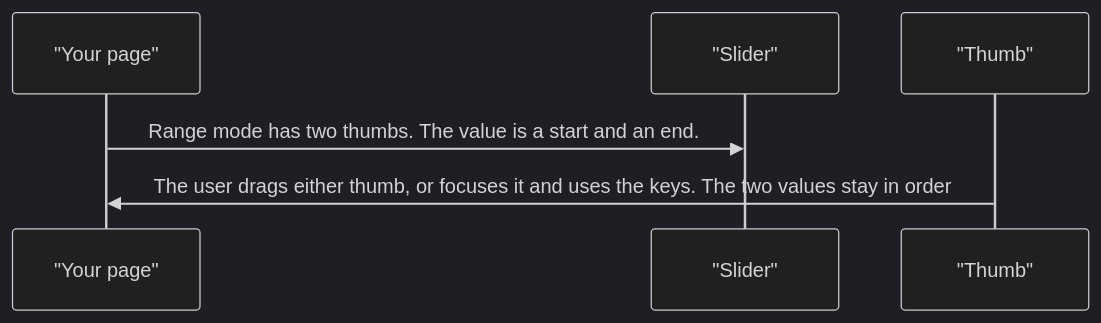
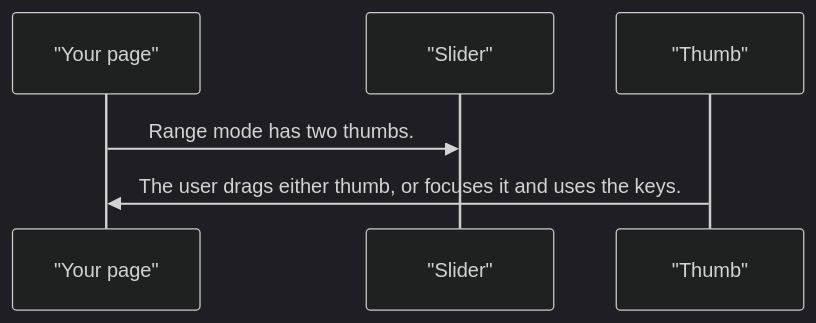
The third of 4 diagrams in projects/pixel-ui/src/lib/pixel-slider/DESIGN.md (RajshekharBorate/pixel-ui), drawn with Mermaid (dark theme) before and after one commit. The commit also changed other lines of this file and 80 other files, not shown here.

Commit message:
Fill missing design flows and correct the stories that did not match component behavior.

````diff
--- a/projects/pixel-ui/src/lib/pixel-slider/DESIGN.md
+++ b/projects/pixel-ui/src/lib/pixel-slider/DESIGN.md
@@ -66,8 +66,8 @@
 ```mermaid
 sequenceDiagram
   participant page as "Your page"
   participant slider as "Slider"
   participant thumb as "Thumb"
-  page->>slider: Range mode has two thumbs. The value is a start and an end.
-  thumb->>page: The user drags either thumb, or focuses it and uses the keys. The two values stay in order
+  page->>slider: Range mode has two thumbs.
+  thumb->>page: The user drags either thumb, or focuses it and uses the keys.
 ```
````
